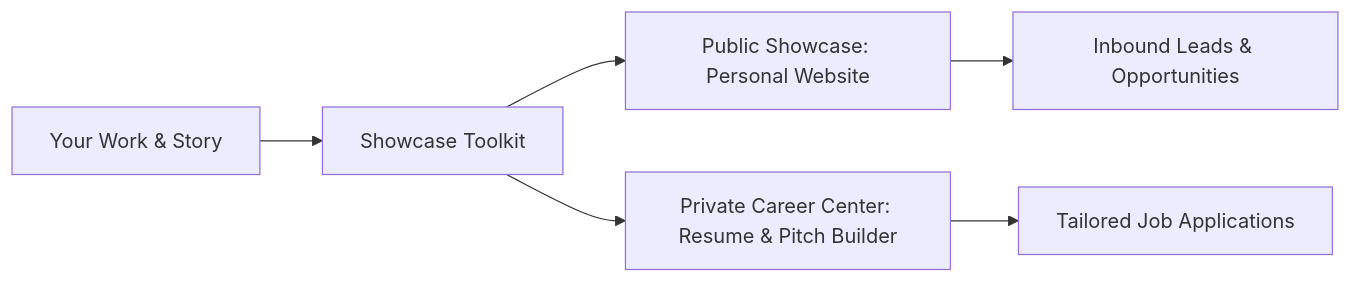
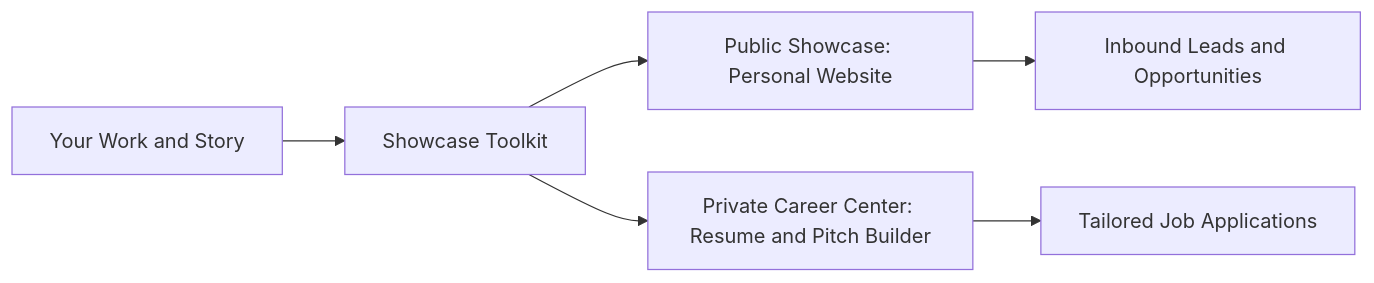
Before and after one commit to jedmamosto/showcase: the diagram in README.md, drawn with Mermaid. The commit also changed other lines of this file and 21 other files, not shown here.

````diff
--- a/README.md
+++ b/README.md
@@ -14,8 +14,8 @@
 ```mermaid
 flowchart LR
-    A[Your Work & Story] --> B[Showcase Toolkit]
-    B --> C[Public Showcase: Personal Website]
-    B --> D[Private Career Center: Resume & Pitch Builder]
-    C --> E[Inbound Leads & Opportunities]
-    D --> F[Tailored Job Applications]
+    A["Your Work and Story"] --> B["Showcase Toolkit"]
+    B --> C["Public Showcase: Personal Website"]
+    B --> D["Private Career Center: Resume and Pitch Builder"]
+    C --> E["Inbound Leads and Opportunities"]
+    D --> F["Tailored Job Applications"]
 ```
````
